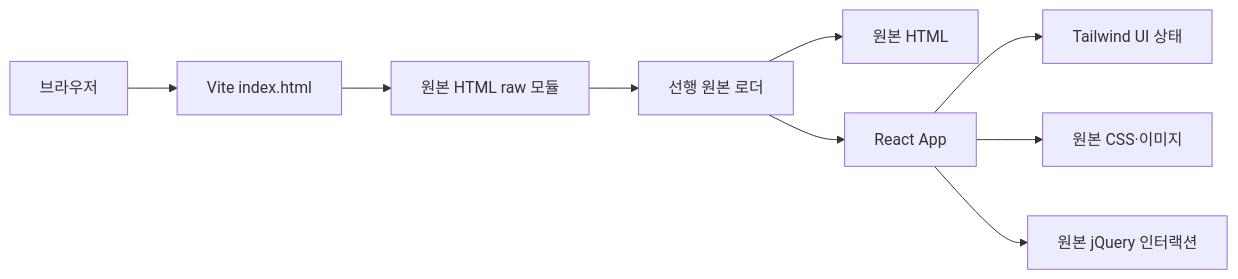
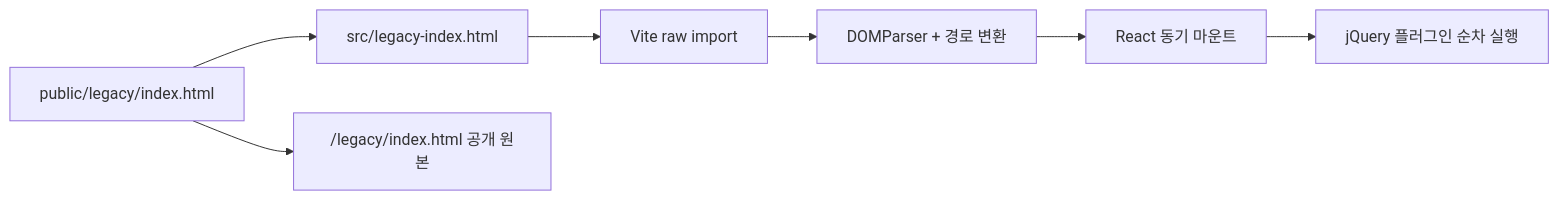
Before and after one commit to bonjin-app/portfolio.2015: the diagram in docs/ARCHITECTURE.md, drawn with Mermaid. The commit also changed other lines of this file and 7 other files, not shown here.

````diff
--- a/docs/ARCHITECTURE.md
+++ b/docs/ARCHITECTURE.md
@@ -19,11 +23,9 @@
 ```mermaid
 flowchart LR
-  Browser["브라우저"] --> Vite["Vite index.html"]
-  Vite --> Bundle["원본 HTML raw 모듈"]
-  Bundle --> Loader["선행 원본 로더"]
-  Loader --> Markup["원본 HTML"]
-  Loader --> React["React App"]
-  React --> Tailwind["Tailwind UI 상태"]
-  React --> Assets["원본 CSS·이미지"]
-  React --> Scripts["원본 jQuery 인터랙션"]
+  Source["public/legacy/index.html"] --> Mirror["src/legacy-index.html"]
+  Mirror --> Raw["Vite raw import"]
+  Raw --> Parser["DOMParser + 경로 변환"]
+  Parser --> React["React 동기 마운트"]
+  React --> Scripts["jQuery 플러그인 순차 실행"]
+  Source --> Archive["/legacy/index.html 공개 원본"]
 ```
````
